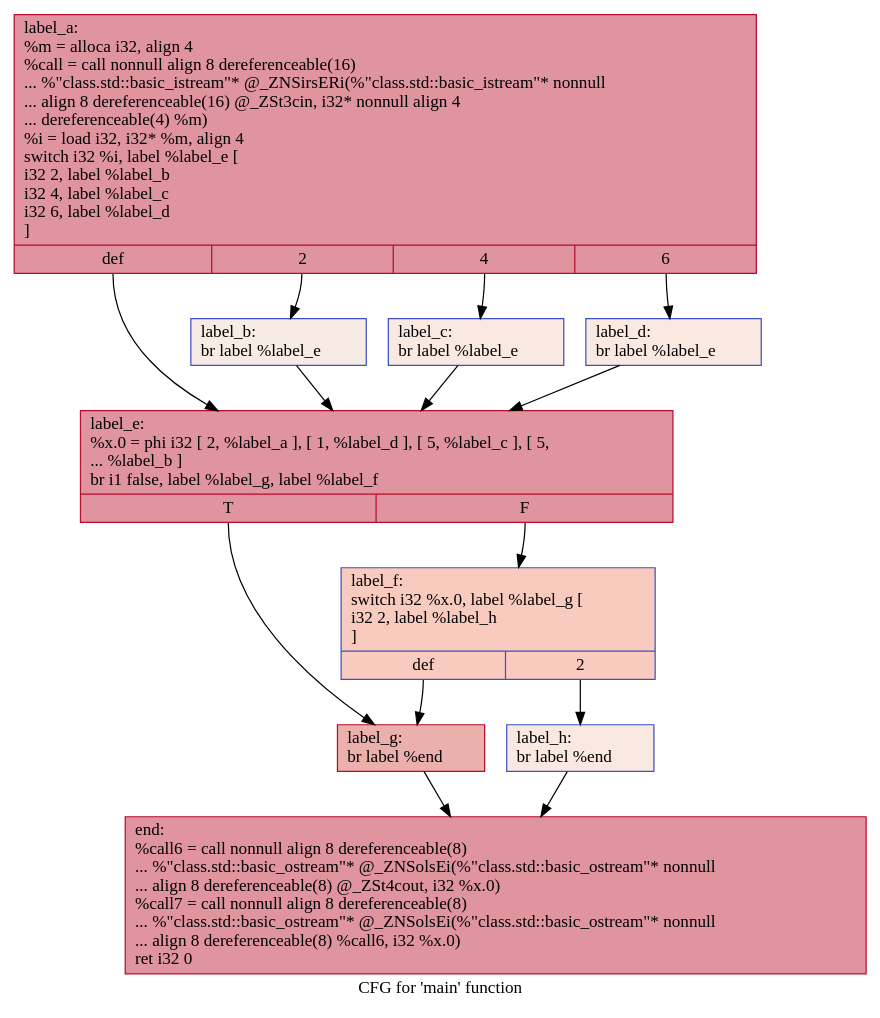
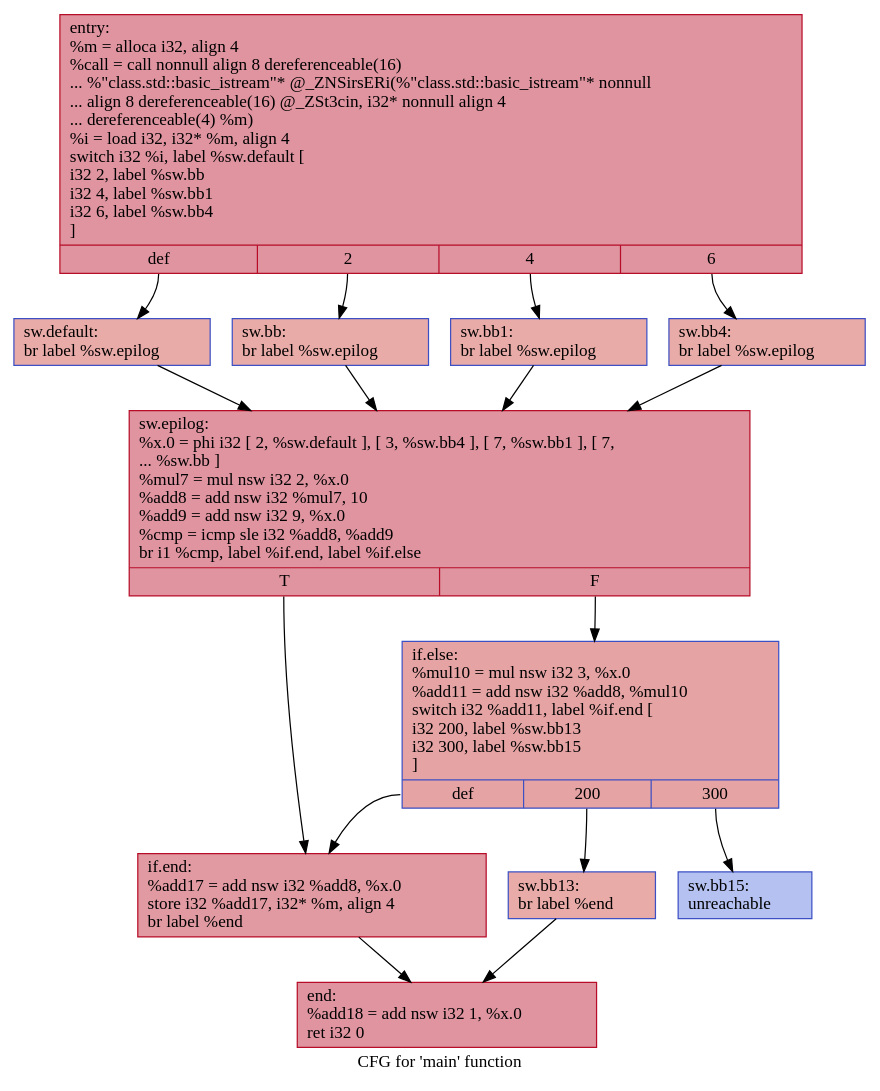
Before and after one commit to HPSSA-LLVM/HPSSA-LLVM: the diagram in IR/cfg/SCCP_BASELINE.dot, drawn with Graphviz. The commit also changed 23 other files, not shown here.

```diff
--- a/IR/cfg/SCCP_BASELINE.dot
+++ b/IR/cfg/SCCP_BASELINE.dot
@@ -1,26 +1,30 @@
 digraph "CFG for 'main' function" {
 	label="CFG for 'main' function";
 
-	Node0x55e6b8cd0e10 [shape=record,color="#b70d28ff", style=filled, fillcolor="#b70d2870",label="{label_a:\l  %m = alloca i32, align 4\l  %call = call nonnull align 8 dereferenceable(16)\l... %\"class.std::basic_istream\"* @_ZNSirsERi(%\"class.std::basic_istream\"* nonnull\l... align 8 dereferenceable(16) @_ZSt3cin, i32* nonnull align 4\l... dereferenceable(4) %m)\l  %i = load i32, i32* %m, align 4\l  switch i32 %i, label %label_e [\l    i32 2, label %label_b\l    i32 4, label %label_c\l    i32 6, label %label_d\l  ]\l|{<s0>def|<s1>2|<s2>4|<s3>6}}"];
-	Node0x55e6b8cd0e10:s0 -> Node0x55e6b8cd1250;
-	Node0x55e6b8cd0e10:s1 -> Node0x55e6b8cd1350;
-	Node0x55e6b8cd0e10:s2 -> Node0x55e6b8cd1450;
-	Node0x55e6b8cd0e10:s3 -> Node0x55e6b8cd1550;
-	Node0x55e6b8cd1350 [shape=record,color="#3d50c3ff", style=filled, fillcolor="#ecd3c570",label="{label_b:                                          \l  br label %label_e\l}"];
-	Node0x55e6b8cd1350 -> Node0x55e6b8cd1250;
-	Node0x55e6b8cd1450 [shape=record,color="#3d50c3ff", style=filled, fillcolor="#f1ccb870",label="{label_c:                                          \l  br label %label_e\l}"];
-	Node0x55e6b8cd1450 -> Node0x55e6b8cd1250;
-	Node0x55e6b8cd1550 [shape=record,color="#3d50c3ff", style=filled, fillcolor="#f1ccb870",label="{label_d:                                          \l  br label %label_e\l}"];
-	Node0x55e6b8cd1550 -> Node0x55e6b8cd1250;
-	Node0x55e6b8cd1250 [shape=record,color="#b70d28ff", style=filled, fillcolor="#b70d2870",label="{label_e:                                          \l  %x.0 = phi i32 [ 2, %label_a ], [ 1, %label_d ], [ 5, %label_c ], [ 5,\l... %label_b ]\l  br i1 false, label %label_g, label %label_f\l|{<s0>T|<s1>F}}"];
-	Node0x55e6b8cd1250:s0 -> Node0x55e6b8cd1940;
-	Node0x55e6b8cd1250:s1 -> Node0x55e6b8cd19b0;
-	Node0x55e6b8cd19b0 [shape=record,color="#3d50c3ff", style=filled, fillcolor="#ef886b70",label="{label_f:                                          \l  switch i32 %x.0, label %label_g [\l    i32 2, label %label_h\l  ]\l|{<s0>def|<s1>2}}"];
-	Node0x55e6b8cd19b0:s0 -> Node0x55e6b8cd1940;
-	Node0x55e6b8cd19b0:s1 -> Node0x55e6b8cd1ad0;
-	Node0x55e6b8cd1940 [shape=record,color="#b70d28ff", style=filled, fillcolor="#d24b4070",label="{label_g:                                          \l  br label %end\l}"];
-	Node0x55e6b8cd1940 -> Node0x55e6b8cd1c20;
-	Node0x55e6b8cd1ad0 [shape=record,color="#3d50c3ff", style=filled, fillcolor="#f1ccb870",label="{label_h:                                          \l  br label %end\l}"];
-	Node0x55e6b8cd1ad0 -> Node0x55e6b8cd1c20;
-	Node0x55e6b8cd1c20 [shape=record,color="#b70d28ff", style=filled, fillcolor="#b70d2870",label="{end:                                              \l  %call6 = call nonnull align 8 dereferenceable(8)\l... %\"class.std::basic_ostream\"* @_ZNSolsEi(%\"class.std::basic_ostream\"* nonnull\l... align 8 dereferenceable(8) @_ZSt4cout, i32 %x.0)\l  %call7 = call nonnull align 8 dereferenceable(8)\l... %\"class.std::basic_ostream\"* @_ZNSolsEi(%\"class.std::basic_ostream\"* nonnull\l... align 8 dereferenceable(8) %call6, i32 %x.0)\l  ret i32 0\l}"];
+	Node0x55c660ad3fc0 [shape=record,color="#b70d28ff", style=filled, fillcolor="#b70d2870",label="{entry:\l  %m = alloca i32, align 4\l  %call = call nonnull align 8 dereferenceable(16)\l... %\"class.std::basic_istream\"* @_ZNSirsERi(%\"class.std::basic_istream\"* nonnull\l... align 8 dereferenceable(16) @_ZSt3cin, i32* nonnull align 4\l... dereferenceable(4) %m)\l  %i = load i32, i32* %m, align 4\l  switch i32 %i, label %sw.default [\l    i32 2, label %sw.bb\l    i32 4, label %sw.bb1\l    i32 6, label %sw.bb4\l  ]\l|{<s0>def|<s1>2|<s2>4|<s3>6}}"];
+	Node0x55c660ad3fc0:s0 -> Node0x55c660ad4400;
+	Node0x55c660ad3fc0:s1 -> Node0x55c660ad4510;
+	Node0x55c660ad3fc0:s2 -> Node0x55c660ad4610;
+	Node0x55c660ad3fc0:s3 -> Node0x55c660ad4710;
+	Node0x55c660ad4510 [shape=record,color="#3d50c3ff", style=filled, fillcolor="#cc403a70",label="{sw.bb:                                            \l  br label %sw.epilog\l}"];
+	Node0x55c660ad4510 -> Node0x55c660ad4830;
+	Node0x55c660ad4610 [shape=record,color="#3d50c3ff", style=filled, fillcolor="#cc403a70",label="{sw.bb1:                                           \l  br label %sw.epilog\l}"];
+	Node0x55c660ad4610 -> Node0x55c660ad4830;
+	Node0x55c660ad4710 [shape=record,color="#3d50c3ff", style=filled, fillcolor="#cc403a70",label="{sw.bb4:                                           \l  br label %sw.epilog\l}"];
+	Node0x55c660ad4710 -> Node0x55c660ad4830;
+	Node0x55c660ad4400 [shape=record,color="#3d50c3ff", style=filled, fillcolor="#cc403a70",label="{sw.default:                                       \l  br label %sw.epilog\l}"];
+	Node0x55c660ad4400 -> Node0x55c660ad4830;
+	Node0x55c660ad4830 [shape=record,color="#b70d28ff", style=filled, fillcolor="#b70d2870",label="{sw.epilog:                                        \l  %x.0 = phi i32 [ 2, %sw.default ], [ 3, %sw.bb4 ], [ 7, %sw.bb1 ], [ 7,\l... %sw.bb ]\l  %mul7 = mul nsw i32 2, %x.0\l  %add8 = add nsw i32 %mul7, 10\l  %add9 = add nsw i32 9, %x.0\l  %cmp = icmp sle i32 %add8, %add9\l  br i1 %cmp, label %if.end, label %if.else\l|{<s0>T|<s1>F}}"];
+	Node0x55c660ad4830:s0 -> Node0x55c660ad50b0;
+	Node0x55c660ad4830:s1 -> Node0x55c660ad5120;
+	Node0x55c660ad5120 [shape=record,color="#3d50c3ff", style=filled, fillcolor="#c32e3170",label="{if.else:                                          \l  %mul10 = mul nsw i32 3, %x.0\l  %add11 = add nsw i32 %add8, %mul10\l  switch i32 %add11, label %if.end [\l    i32 200, label %sw.bb13\l    i32 300, label %sw.bb15\l  ]\l|{<s0>def|<s1>200|<s2>300}}"];
+	Node0x55c660ad5120:s0 -> Node0x55c660ad50b0;
+	Node0x55c660ad5120:s1 -> Node0x55c660ad53d0;
+	Node0x55c660ad5120:s2 -> Node0x55c660ad5470;
+	Node0x55c660ad53d0 [shape=record,color="#3d50c3ff", style=filled, fillcolor="#cc403a70",label="{sw.bb13:                                          \l  br label %end\l}"];
+	Node0x55c660ad53d0 -> Node0x55c660ad5600;
+	Node0x55c660ad5470 [shape=record,color="#3d50c3ff", style=filled, fillcolor="#5572df70",label="{sw.bb15:                                          \l  unreachable\l}"];
+	Node0x55c660ad50b0 [shape=record,color="#b70d28ff", style=filled, fillcolor="#bb1b2c70",label="{if.end:                                           \l  %add17 = add nsw i32 %add8, %x.0\l  store i32 %add17, i32* %m, align 4\l  br label %end\l}"];
+	Node0x55c660ad50b0 -> Node0x55c660ad5600;
+	Node0x55c660ad5600 [shape=record,color="#b70d28ff", style=filled, fillcolor="#b70d2870",label="{end:                                              \l  %add18 = add nsw i32 1, %x.0\l  ret i32 0\l}"];
 }
```
